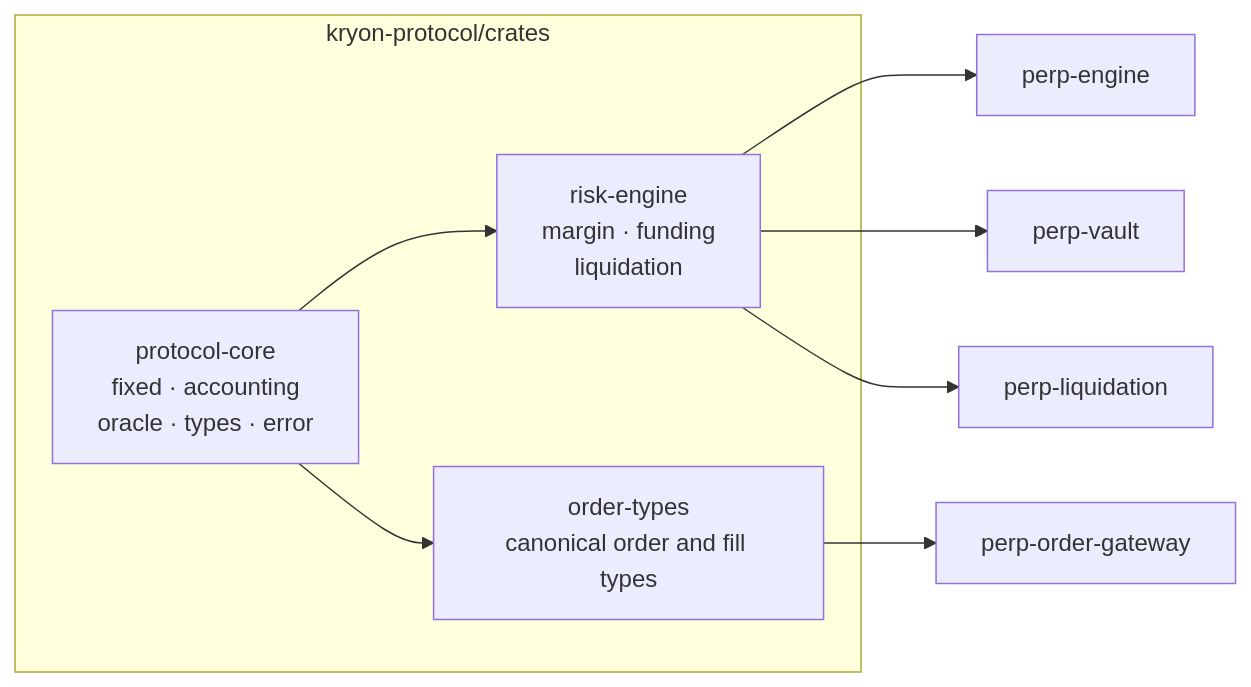
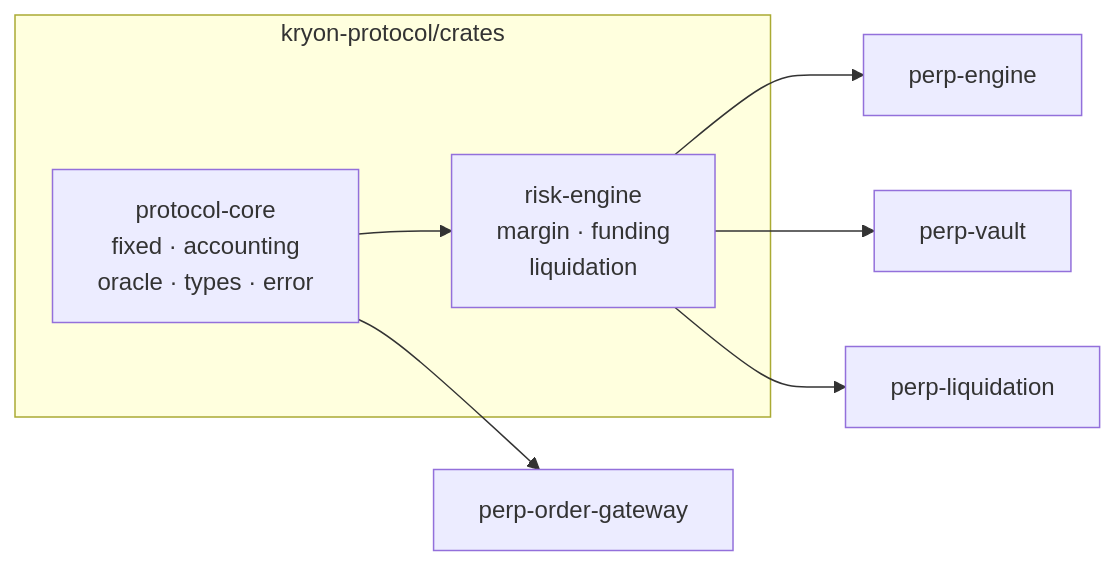
One commit to Kryon-Protocol/Kryon changed the second of 7 diagrams in ARCHITECTURE.md. Above: the diagram before and after it, drawn with Mermaid. The commit also changed other lines of this file and 24 other files, not shown here.

````diff
--- a/ARCHITECTURE.md
+++ b/ARCHITECTURE.md
@@ -251,14 +251,12 @@
 ```mermaid
 flowchart LR
     subgraph CR["kryon-protocol/crates"]
         PC["protocol-core<br/>fixed · accounting<br/>oracle · types · error"]
         RE["risk-engine<br/>margin · funding<br/>liquidation"]
-        OT["order-types<br/>canonical order and fill types"]
     end
     PC --> RE
-    PC --> OT
+    PC --> C4["perp-order-gateway"]
     RE --> C1["perp-engine"]
     RE --> C2["perp-vault"]
     RE --> C3["perp-liquidation"]
-    OT --> C4["perp-order-gateway"]
 ```
````
